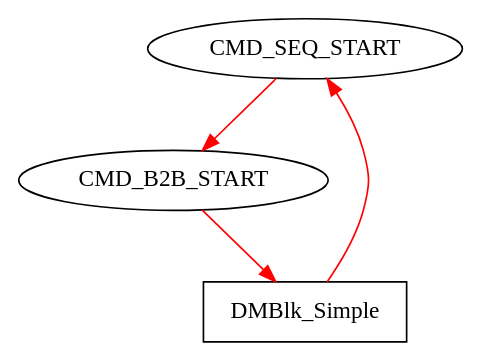
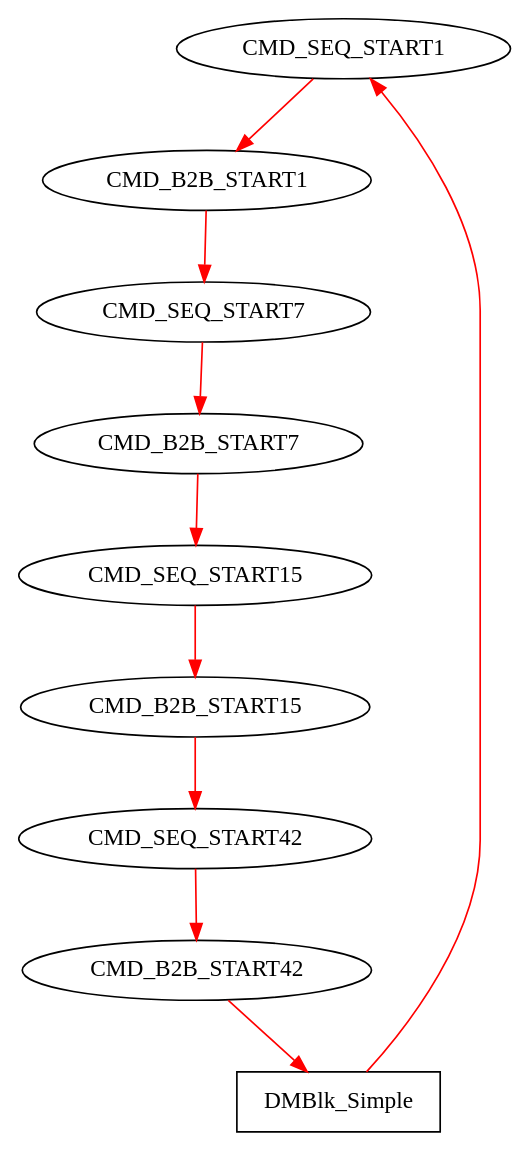
The diagram in modules/b2b/x86/b2b-test.dot (GSI-CS-CO/bel_projects), drawn with Graphviz before and after one commit. The commit also changed 4 other files, not shown here.

```diff
--- a/modules/b2b/x86/b2b-test.dot
+++ b/modules/b2b/x86/b2b-test.dot
@@ -1,15 +1,21 @@
 digraph g {
 name="testv1";
 
 graph [rankdir=TB, nodesep=0.6, mindist=0.6, ranksep=0.6, overlap=false]
 node  [type="tmsg",   shape="rectangle", style="filled", fillcolor="white", color="black", cpu="3"]
 edge  [type="defdst", color="red"]
 
 // events mit block
-CMD_SEQ_START       [type="tmsg",      pattern="B2B_TEST", patentry="true",   toffs=         0, id="0x112c101004200001", par="0x123", shape="oval"];
-CMD_B2B_START       [type="tmsg",      pattern="B2B_TEST",                    toffs=  10000000, id="0x112c031004200001", par="0x456", shape="oval"];
-DMBlk_Simple        [type="block",     pattern="B2B_TEST",                  tperiod=1210000000];                                 
+CMD_SEQ_START1      [type="tmsg",      pattern="B2B_TEST", patentry="true",   toffs=          0, id="0x112c101000100001", par="0x123", shape="oval"];
+CMD_B2B_START1      [type="tmsg",      pattern="B2B_TEST",                    toffs=  100000000, id="0x112c031000100001", par="0x456", shape="oval"];
+CMD_SEQ_START7      [type="tmsg",      pattern="B2B_TEST",                    toffs= 1000000000, id="0x112c101000700001", par="0x123", shape="oval"];
+CMD_B2B_START7      [type="tmsg",      pattern="B2B_TEST",                    toffs= 1100000000, id="0x112c031000700001", par="0x456", shape="oval"];
+CMD_SEQ_START15     [type="tmsg",      pattern="B2B_TEST",                    toffs= 2000000000, id="0x112c101001500001", par="0x123", shape="oval"];
+CMD_B2B_START15     [type="tmsg",      pattern="B2B_TEST",                    toffs= 2100000000, id="0x112c031001500001", par="0x456", shape="oval"];
+CMD_SEQ_START42     [type="tmsg",      pattern="B2B_TEST",                    toffs= 3000000000, id="0x112c101004200001", par="0x123", shape="oval"];
+CMD_B2B_START42     [type="tmsg",      pattern="B2B_TEST",                    toffs= 3100000000, id="0x112c031004200001", par="0x456", shape="oval"];
+DMBlk_Simple        [type="block",     pattern="B2B_TEST",                  tperiod= 4200000000];                                 
 
 // sequenz
-CMD_SEQ_START -> CMD_B2B_START -> DMBlk_Simple -> CMD_SEQ_START;
+CMD_SEQ_START1 -> CMD_B2B_START1 -> CMD_SEQ_START7 -> CMD_B2B_START7 -> CMD_SEQ_START15 -> CMD_B2B_START15 -> CMD_SEQ_START42 -> CMD_B2B_START42 -> DMBlk_Simple -> CMD_SEQ_START1;
 }
```
